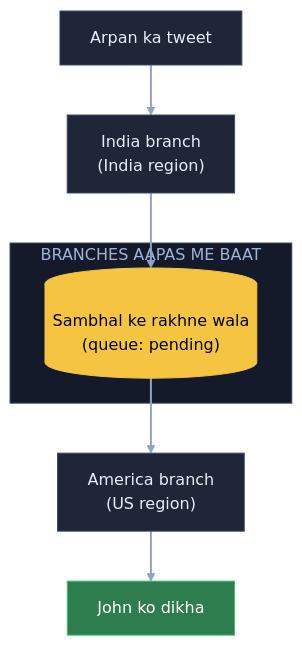
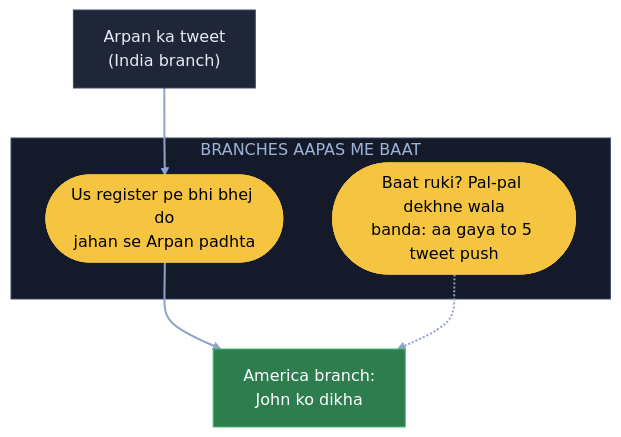
The ninth of 15 diagrams in 04_HLD/SYSTEM_DESIGNS/03_twitter_feed/03_twitter_feed.md (ArpanMaheshwari144/Prep), drawn with Mermaid before and after one commit. The commit also changed other lines of this file, not shown here.

Commit message:
Twitter: 15 diagram hand notes ke shabdon se, K1 heading + K9 line notes jaisi

````diff
--- a/04_HLD/SYSTEM_DESIGNS/03_twitter_feed/03_twitter_feed.md
+++ b/04_HLD/SYSTEM_DESIGNS/03_twitter_feed/03_twitter_feed.md
@@ -307,20 +290,18 @@
 ```mermaid
 flowchart TB
-    A["Arpan ka tweet"]:::card
-    IN["India branch<br/>(India region)"]:::card
+    A["Arpan ka tweet<br/>(India branch)"]:::card
     subgraph BB["BRANCHES AAPAS ME BAAT"]
-        Q[("Sambhal ke rakhne wala<br/>(queue: pending)")]:::pill
+        B(["Us register pe bhi bhej do<br/>jahan se Arpan padhta"]):::pill
+        P(["Baat ruki? Pal-pal dekhne wala<br/>banda: aa gaya to 5 tweet push"]):::pill
     end
-    US["America branch<br/>(US region)"]:::card
-    J["John ko dikha"]:::good
-    A --> IN
-    IN --> Q
-    Q --> US
-    US --> J
+    US["America branch:<br/>John ko dikha"]:::good
+    A --> B
+    B --> US
+    P -.-> US
     linkStyle default stroke:#8fa3c7,stroke-width:2px
     classDef card fill:#1e2638,stroke:#3a4a6b,color:#e8ecf5
     classDef pill fill:#f5c542,stroke:#f5c542,color:#000
     classDef good fill:#2e7d4f,stroke:#3fbf6f,color:#fff
     classDef bad fill:#5c1f24,stroke:#e05561,color:#fff
     style BB fill:#141a29,stroke:#3a4a6b,color:#9fb3d9
 ```
````
